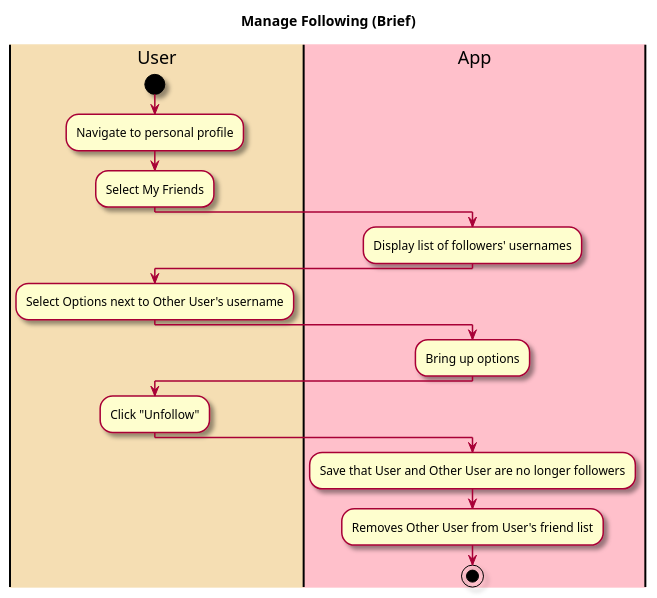
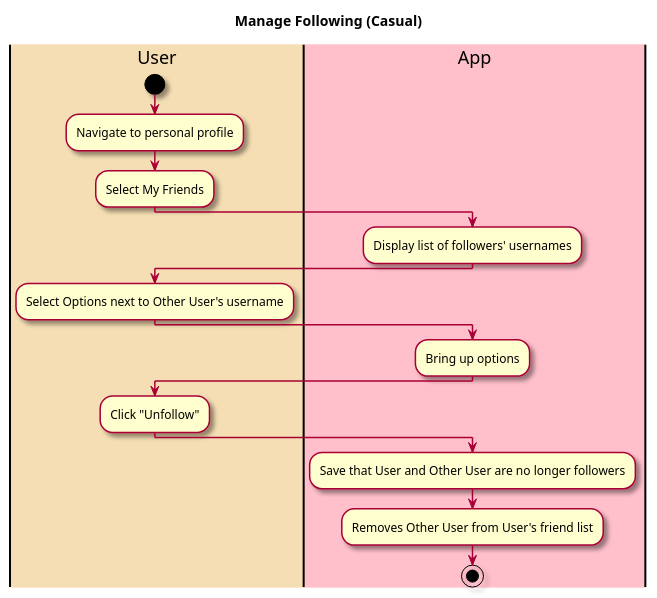
One commit to tanwasp/LunchBox-Android changed the diagram in intellij/doc/use_cases/manage-following.md. Above: the diagram before and after it, drawn with PlantUML. The commit also changed other lines of this file and 15 other files, not shown here.

````diff
--- a/intellij/doc/use_cases/manage-following.md
+++ b/intellij/doc/use_cases/manage-following.md
@@ -22,34 +22,34 @@
 ```plantuml
 @startuml
 
 skin rose
 
-title Manage Following (Brief)
+title Manage Following (Casual)
 
 |#wheat|User|
 |#pink|App|
 
 |User|
 start
 :Navigate to personal profile;
 :Select My Friends;
 
 |App|
 :Display list of followers' usernames;
 
 |User|
 :Select Options next to Other User's username;
 
 |App|
 :Bring up options;
 
 |User|
 :Click "Unfollow";
 
 |App|
 :Save that User and Other User are no longer followers;
 :Removes Other User from User's friend list;
 
 stop
 @enduml
 ```
````
